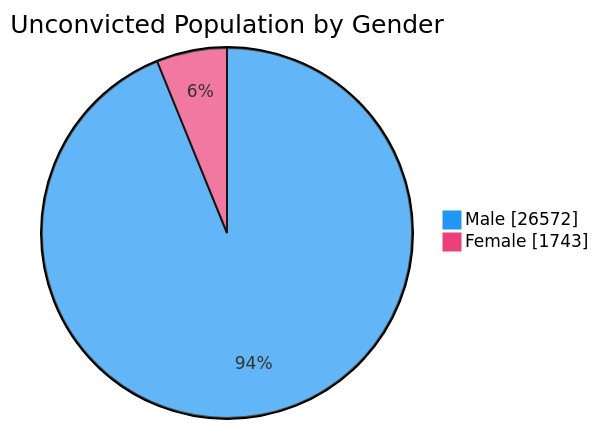
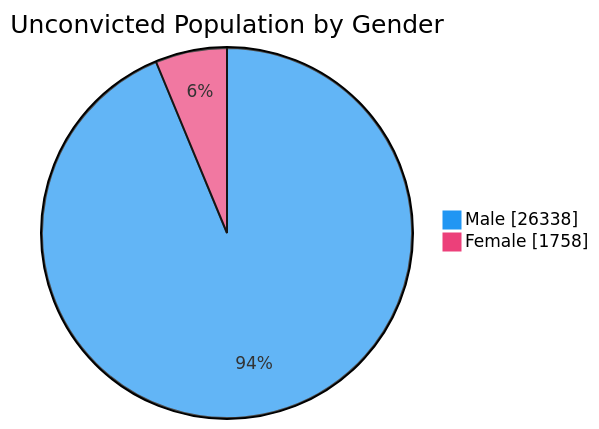
Before and after one commit to nuuuwan/lk_prisons: the fourth of 7 diagrams in README.md, drawn with Mermaid. The commit also changed other lines of this file and 1 other file, not shown here.

````diff
--- a/README.md
+++ b/README.md
@@ -76,6 +76,6 @@
 ```mermaid
 %%{init: {'themeVariables': {'pie1': '#2196F3', 'pie2': '#EC407A'}}}%%
 pie showData title Unconvicted Population by Gender
-    "Male" : 26572
-    "Female" : 1743
+    "Male" : 26338
+    "Female" : 1758
 ```
````
